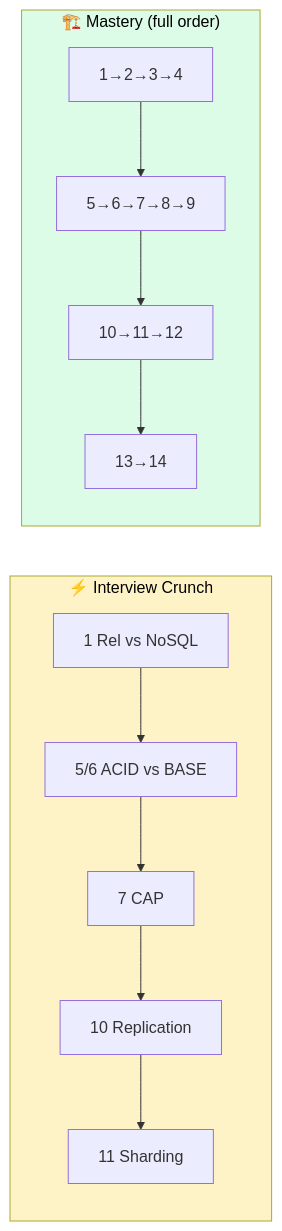
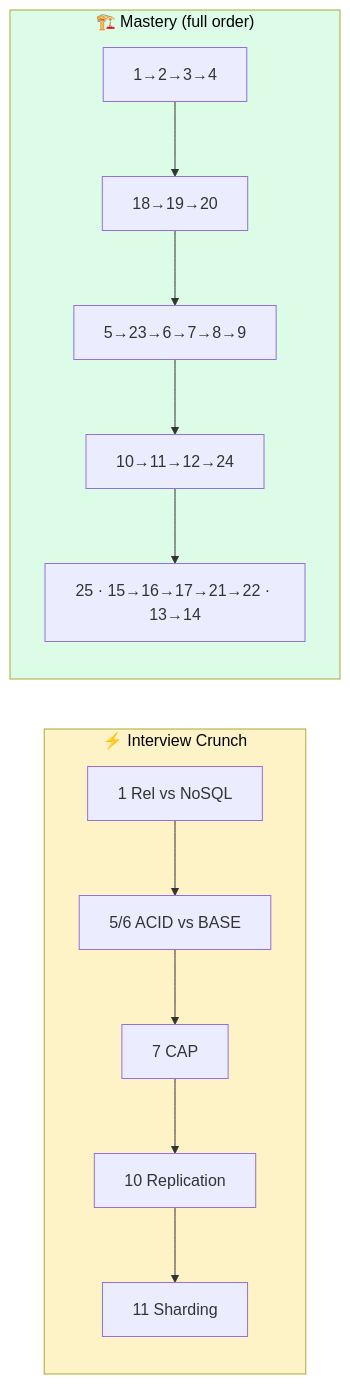
The second of 2 diagrams in 05_Databases_Storage/README.md (asishjagana/Interview-Prep-Dump), drawn with Mermaid before and after one commit. The commit also changed other lines of this file and 23 other files, not shown here.

Commit message:
Add SVG diagrams for various database concepts

````diff
--- a/05_Databases_Storage/README.md
+++ b/05_Databases_Storage/README.md
@@ -79,11 +127,11 @@
 ```mermaid
 flowchart LR
     subgraph FAST["⚡ Interview Crunch"]
         F1["1 Rel vs NoSQL"] --> F2["5/6 ACID vs BASE"] --> F3["7 CAP"] --> F4["10 Replication"] --> F5["11 Sharding"]
     end
     subgraph DEEP["🏗️ Mastery (full order)"]
-        D1["1→2→3→4"] --> D2["5→6→7→8→9"] --> D3["10→11→12"] --> D4["13→14"]
+        D1["1→2→3→4"] --> D2["18→19→20"] --> D3["5→23→6→7→8→9"] --> D4["10→11→12→24"] --> D5["25 · 15→16→17→21→22 · 13→14"]
     end
     style FAST fill:#fef3c7,color:#000
     style DEEP fill:#dcfce7,color:#000
 ```
````
